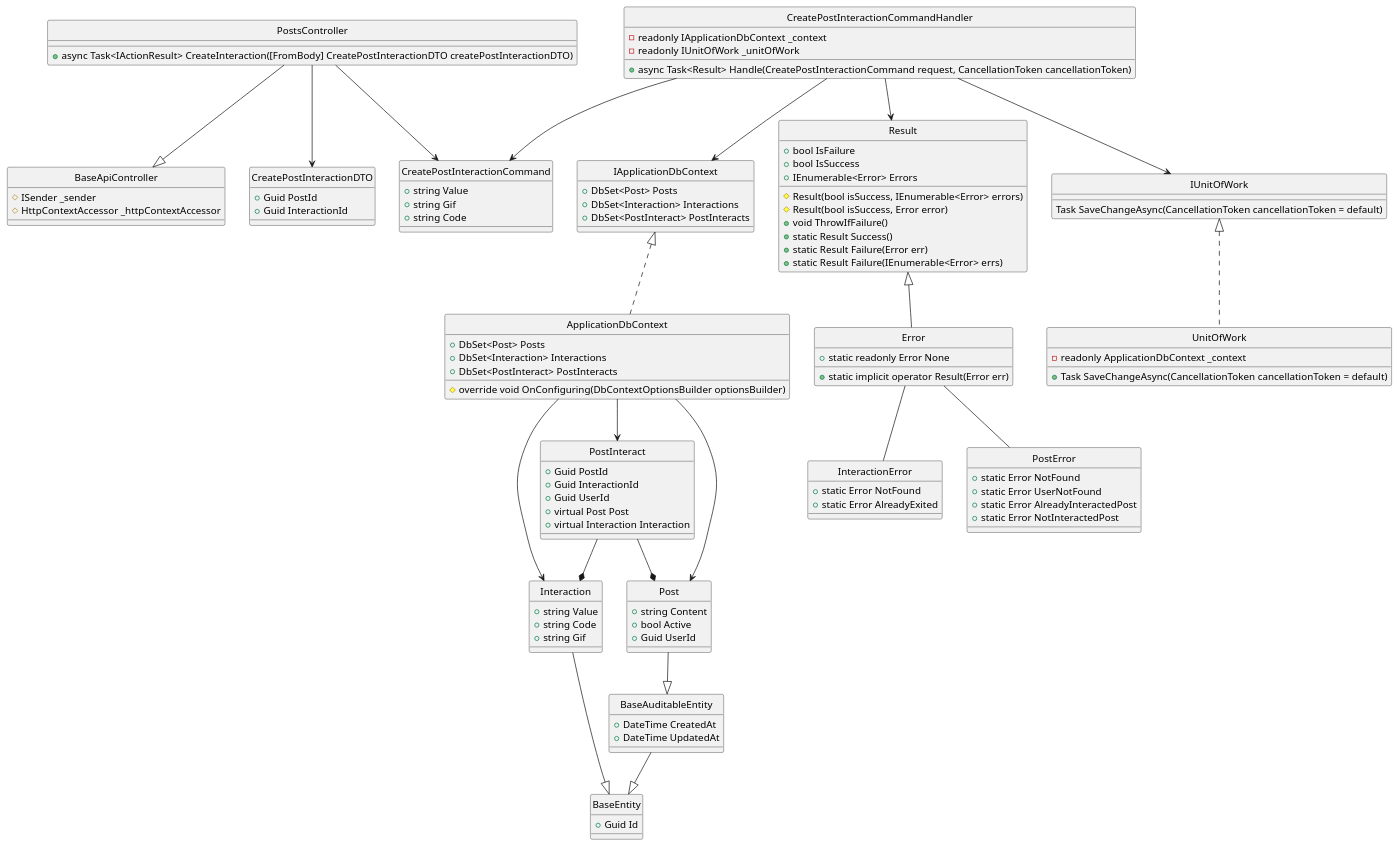
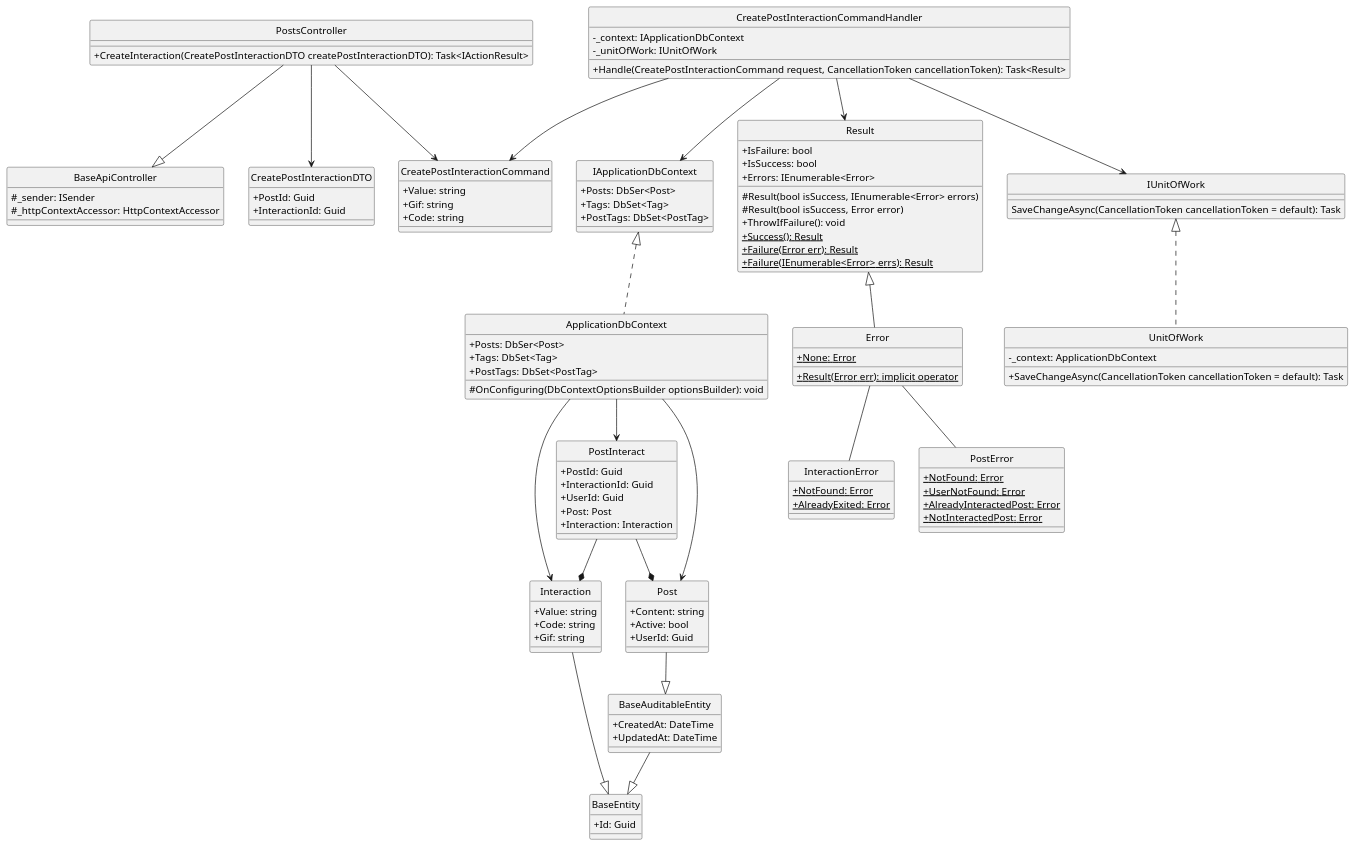
One commit to Carl-Johnsons/Chat-Application changed the diagram in docs/Class Diagram/Post/Post/CreatePostInteraction/ClassDiagram.plantuml. Above: the diagram before and after it, drawn with PlantUML. The commit also changed 21 other files, not shown here.

```diff
--- a/docs/Class Diagram/Post/Post/CreatePostInteraction/ClassDiagram.plantuml
+++ b/docs/Class Diagram/Post/Post/CreatePostInteraction/ClassDiagram.plantuml
@@ -1,130 +1,136 @@
 @startuml 
 hide circle
+skinparam classAttributeIconSize 0
 
 class BaseApiController {
-    #ISender _sender
-    #HttpContextAccessor _httpContextAccessor
+    #_sender: ISender
+    #_httpContextAccessor: HttpContextAccessor
 }
 
 class PostsController {
-    +async Task<IActionResult> CreateInteraction([FromBody] CreatePostInteractionDTO createPostInteractionDTO)
+    +CreateInteraction(CreatePostInteractionDTO createPostInteractionDTO): Task<IActionResult>
 }
 
 class CreatePostInteractionCommand {
-    +string Value
-    +string Gif
-    +string Code
+    +Value: string
+    +Gif: string
+    +Code: string
 }
 
 class CreatePostInteractionCommandHandler {
-    -readonly IApplicationDbContext _context
-    -readonly IUnitOfWork _unitOfWork
-    +async Task<Result> Handle(CreatePostInteractionCommand request, CancellationToken cancellationToken)
+    -_context: IApplicationDbContext
+    -_unitOfWork: IUnitOfWork
+    +Handle(CreatePostInteractionCommand request, CancellationToken cancellationToken): Task<Result> 
 }
 
 class IApplicationDbContext {
-    +DbSet<Post> Posts
-    +DbSet<Interaction> Interactions
-    +DbSet<PostInteract> PostInteracts
+    +Posts: DbSer<Post>
+    +Tags: DbSet<Tag>
+    +PostTags: DbSet<PostTag>
 }
 
 class ApplicationDbContext {
-    +DbSet<Post> Posts
-    +DbSet<Interaction> Interactions
-    +DbSet<PostInteract> PostInteracts
-    #override void OnConfiguring(DbContextOptionsBuilder optionsBuilder)
+    +Posts: DbSer<Post>
+    +Tags: DbSet<Tag>
+    +PostTags: DbSet<PostTag>
+    #OnConfiguring(DbContextOptionsBuilder optionsBuilder): void
 }
 
 class Result {
-    +bool IsFailure
-    +bool IsSuccess
-    +IEnumerable<Error> Errors
+    +IsFailure: bool
+    +IsSuccess: bool
+    +Errors: IEnumerable<Error>
     #Result(bool isSuccess, IEnumerable<Error> errors)
     #Result(bool isSuccess, Error error)
-    +void ThrowIfFailure()
-    +static Result Success()
-    +static Result Failure(Error err)
-    +static Result Failure(IEnumerable<Error> errs)
+    +ThrowIfFailure(): void
+    +{static} Success(): Result
+    +{static} Failure(Error err): Result
+    +{static} Failure(IEnumerable<Error> errs): Result
 }
 
 class Error {
-    +static readonly Error None
-    +static implicit operator Result(Error err)
+    +{static} None: Error
+    +{static} Result(Error err): implicit operator
 }
 
 class IUnitOfWork {
-    Task SaveChangeAsync(CancellationToken cancellationToken = default)
+    SaveChangeAsync(CancellationToken cancellationToken = default): Task
 }
 
 class UnitOfWork {
-    -readonly ApplicationDbContext _context
-    +Task SaveChangeAsync(CancellationToken cancellationToken = default)
+    -_context: ApplicationDbContext
+    +SaveChangeAsync(CancellationToken cancellationToken = default): Task
 }
 
 class InteractionError {
-    +static Error NotFound
-    +static Error AlreadyExited
+    +{static} NotFound: Error
+    +{static} AlreadyExited: Error
 }
 
 class PostError {
-    +static Error NotFound
-    +static Error UserNotFound
-    +static Error AlreadyInteractedPost
-    +static Error NotInteractedPost
+    +{static} NotFound: Error
+    +{static} UserNotFound: Error
+    +{static} AlreadyInteractedPost: Error
+    +{static} NotInteractedPost: Error
 }
 
 class CreatePostInteractionDTO {
-    +Guid PostId
-    +Guid InteractionId
+    +PostId: Guid
+    +InteractionId: Guid
 }
 
 class BaseEntity {
-    +Guid Id
+    +Id: Guid
 }
 
 class BaseAuditableEntity{
-    +DateTime CreatedAt
-    +DateTime UpdatedAt
+    +CreatedAt: DateTime
+    +UpdatedAt: DateTime
 }
 
 class Interaction {
-    +string Value
-    +string Code
-    +string Gif
+    +Value: string
+    +Code: string
+    +Gif: string
 }
 
 class Post {
-    +string Content
-    +bool Active
-    +Guid UserId
+    +Content: string
+    +Active: bool
+    +UserId: Guid
 }
 
 class PostInteract {
-    +Guid PostId
-    +Guid InteractionId
-    +Guid UserId
-    +virtual Post Post
-    +virtual Interaction Interaction
+    +PostId: Guid
+    +InteractionId: Guid
+    +UserId: Guid
+    +Post: Post
+    +Interaction: Interaction
 }
 
+'==== Create PostInteract ====
+'API Layer
 PostsController --|> BaseApiController
 PostsController --> CreatePostInteractionCommand
 PostsController --> CreatePostInteractionDTO
+'Application Layer
 CreatePostInteractionCommandHandler --> CreatePostInteractionCommand
 CreatePostInteractionCommandHandler --> Result
 CreatePostInteractionCommandHandler --> IUnitOfWork
 CreatePostInteractionCommandHandler --> IApplicationDbContext
-IUnitOfWork <|.. UnitOfWork
-IApplicationDbContext <|.. ApplicationDbContext
+'Domain Layer
 Result <|-- Error
 Error -- InteractionError
 Error -- PostError
-ApplicationDbContext --> Interaction
-ApplicationDbContext --> PostInteract
-ApplicationDbContext --> Post
 Interaction --|> BaseEntity
 Post --|> BaseAuditableEntity
 BaseAuditableEntity --|> BaseEntity
 PostInteract --* Post
 PostInteract --* Interaction
+'Infrastructure Layer
+IUnitOfWork <|.. UnitOfWork
+IApplicationDbContext <|.. ApplicationDbContext
+ApplicationDbContext --> Interaction
+ApplicationDbContext --> PostInteract
+ApplicationDbContext --> Post
 @enduml
```
